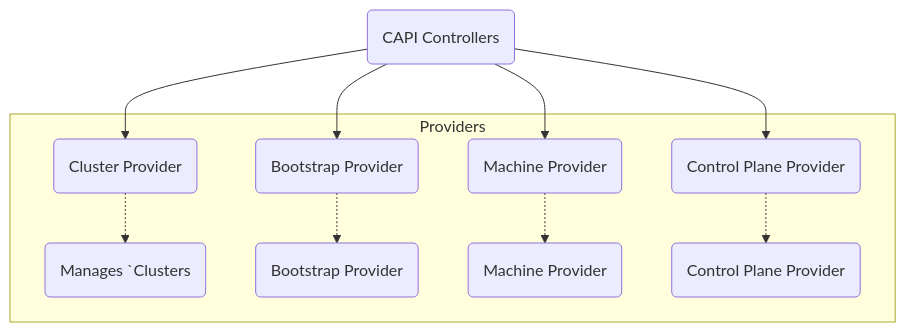
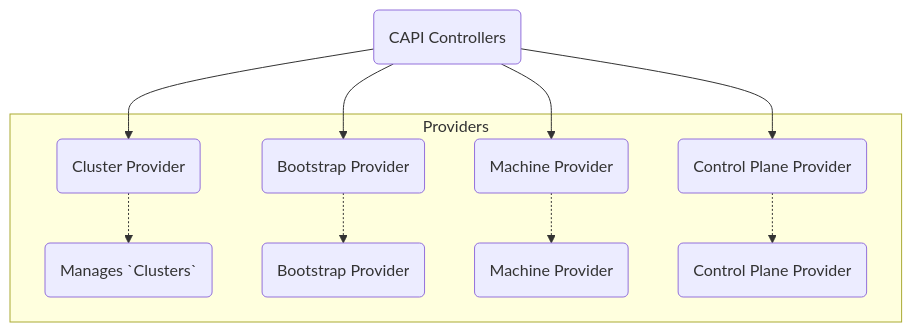
One commit to aiyengar2/k8s-docs changed the second of 2 diagrams in docs/provisioning/00_capi.md. Above: the diagram before and after it, drawn with Mermaid.

````diff
--- a/docs/provisioning/00_capi.md
+++ b/docs/provisioning/00_capi.md
@@ -57,25 +57,25 @@
 ```mermaid
 graph TD
     CAPIControllers("CAPI Controllers")
     subgraph Providers
     ClusterProvider("Cluster Provider")
     BootstrapProvider("Bootstrap Provider")
     MachineProvider("Machine Provider")
     ControlPlaneProvider("Control Plane Provider")
 
-    ClusterProviderDescription("Manages `<Infrastructure>Clusters")
+    ClusterProviderDescription("Manages `<Infrastructure>Clusters`")
     BootstrapProviderDescription("Bootstrap Provider")
     MachineProviderDescription("Machine Provider")
     ControlPlaneProviderDescription("Control Plane Provider")
     end
 
     CAPIControllers-->ClusterProvider
     CAPIControllers-->BootstrapProvider
     CAPIControllers-->MachineProvider
     CAPIControllers-->ControlPlaneProvider
     
     ClusterProvider-.->ClusterProviderDescription
     BootstrapProvider-.->BootstrapProviderDescription
     MachineProvider-.->MachineProviderDescription
     ControlPlaneProvider-.->ControlPlaneProviderDescription
 ```
````
